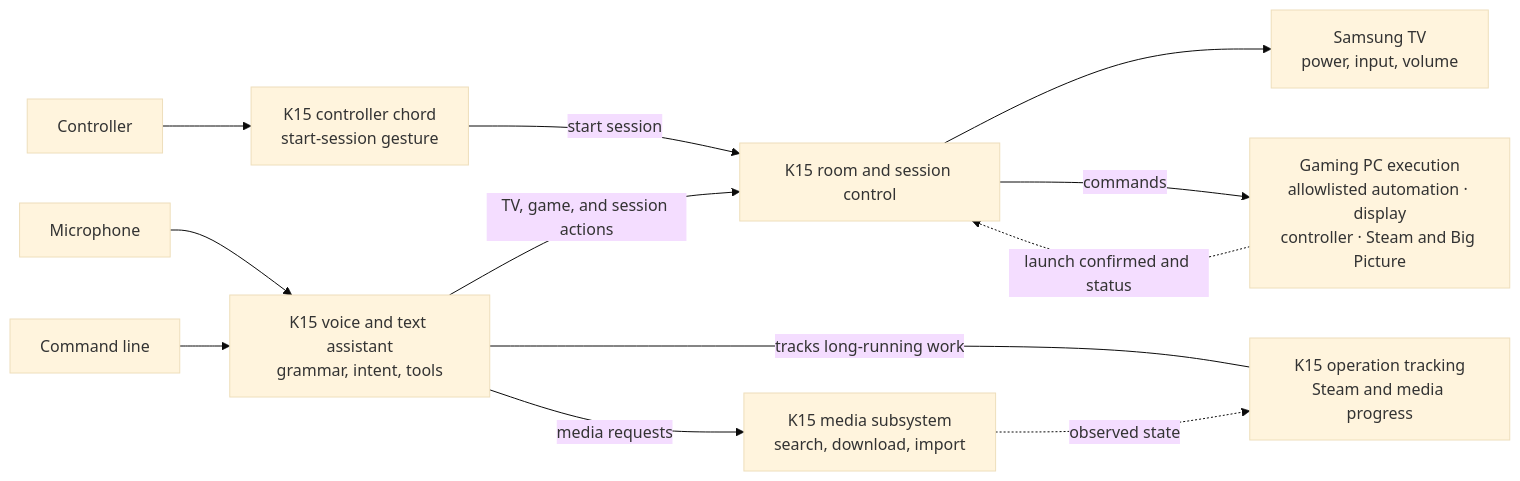
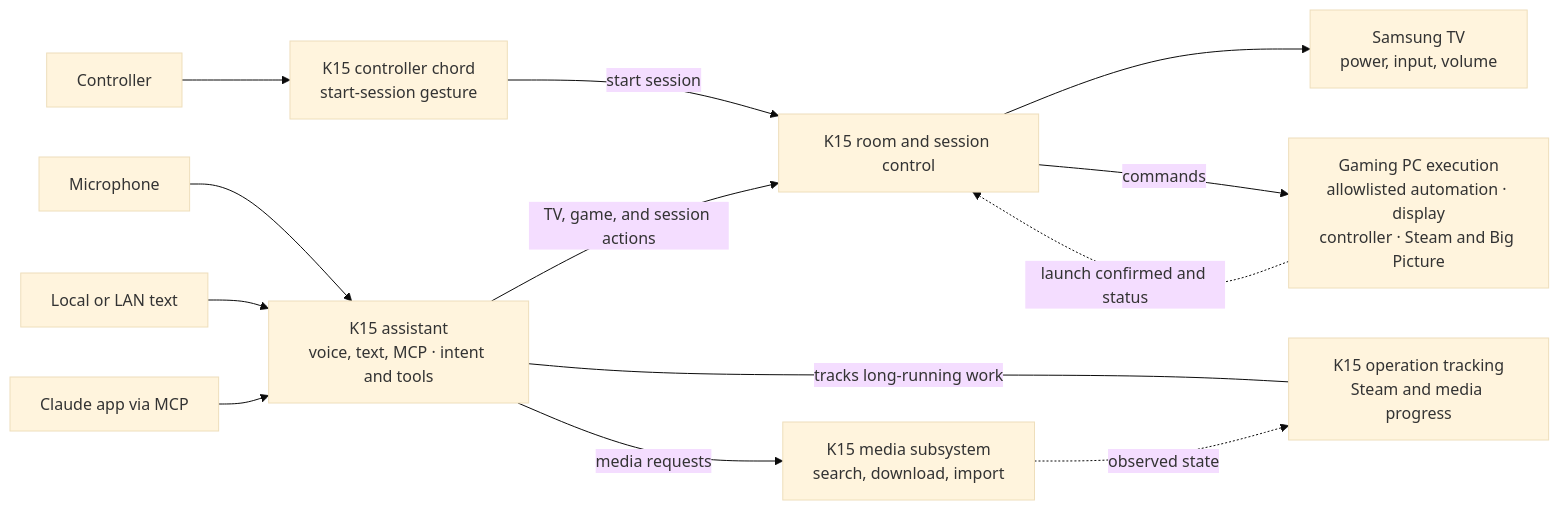
The first of 2 diagrams in README.md (trillville/slopstation), drawn with Mermaid (base theme) before and after one commit. The commit also changed other lines of this file and 1 other file, not shown here.

Commit message:
docs: document MCP entry point

````diff
--- a/README.md
+++ b/README.md
@@ -15,28 +15,30 @@
 ```mermaid
 flowchart LR
     controller[Controller]
     microphone[Microphone]
-    command[Command line]
+    command[Local or LAN text]
+    remote[Claude app via MCP]
 
     chord[K15 controller chord<br/>start-session gesture]
-    assistant[K15 voice and text assistant<br/>grammar, intent, tools]
+    assistant[K15 assistant<br/>voice, text, MCP · intent and tools]
     control[K15 room and session control]
     operations[K15 operation tracking<br/>Steam and media progress]
 
     tv[Samsung TV<br/>power, input, volume]
     pc[Gaming PC execution<br/>allowlisted automation · display<br/>controller · Steam and Big Picture]
     media[K15 media subsystem<br/>search, download, import]
 
     controller --> chord
     microphone --> assistant
     command --> assistant
+    remote --> assistant
 
     chord -->|start session| control
     assistant -->|TV, game, and session actions| control
     control --> tv
     control -->|commands| pc
     pc -. launch confirmed and status .-> control
     assistant -->|media requests| media
     assistant ---|tracks long-running work| operations
     media -. observed state .-> operations
 ```
````
